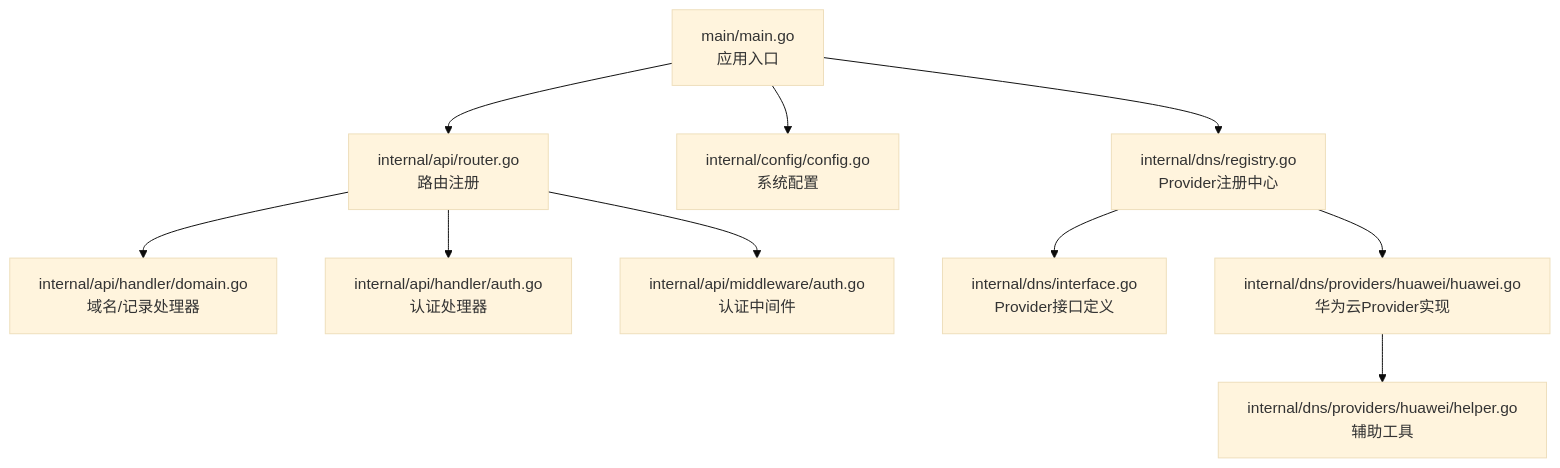
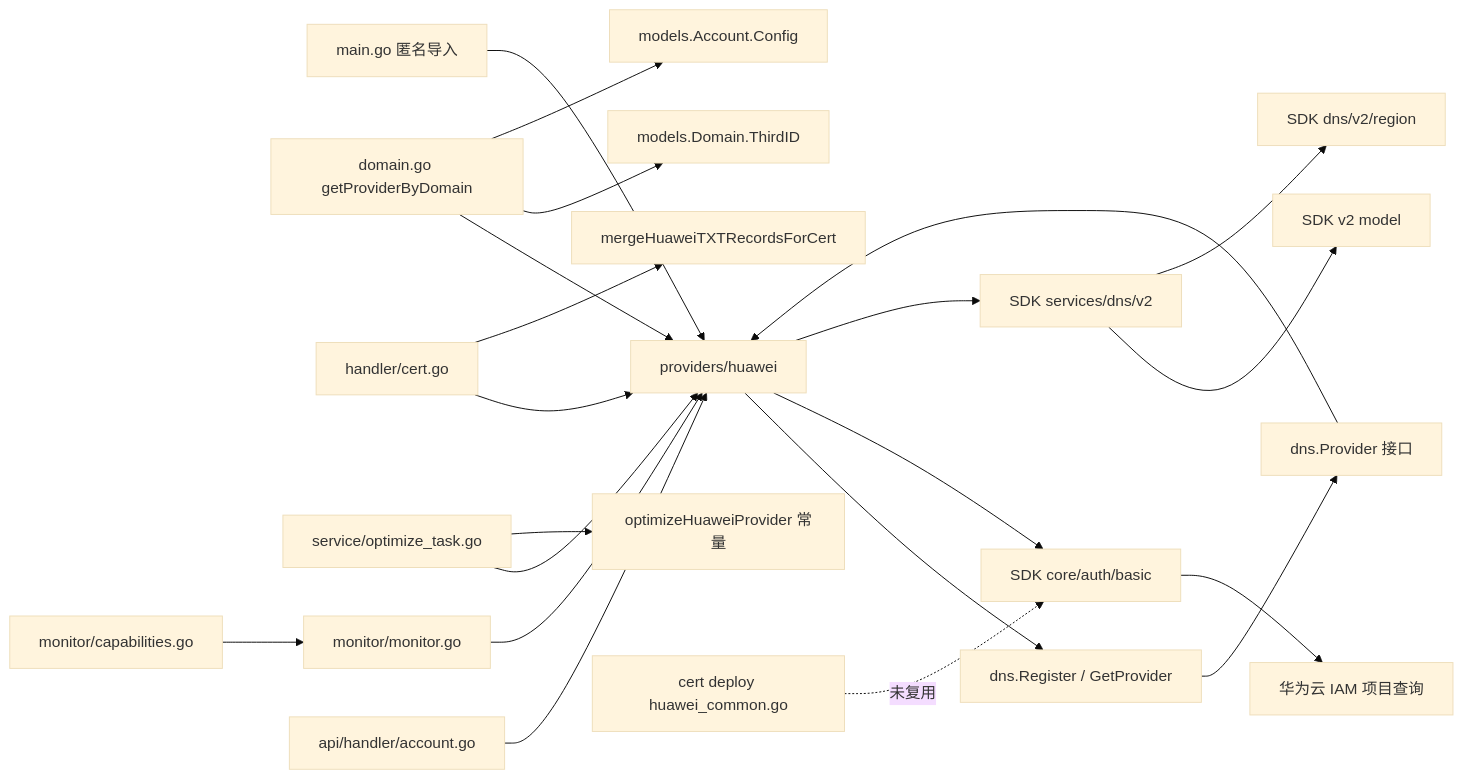
One commit to x01n/dnsplane changed the third of 5 diagrams in docs/DNS管理功能/支持的DNS服务商/华为云DNS.md. Above: the diagram before and after it, drawn with Mermaid (base theme). The commit also changed other lines of this file and 326 other files, not shown here.

````diff
--- a/docs/DNS管理功能/支持的DNS服务商/华为云DNS.md
+++ b/docs/DNS管理功能/支持的DNS服务商/华为云DNS.md
@@ -43,12 +389,23 @@
 ```mermaid
-graph TB
-A["main/main.go<br/>应用入口"] --> B["internal/api/router.go<br/>路由注册"]
-B --> C["internal/api/handler/domain.go<br/>域名/记录处理器"]
-B --> D["internal/api/handler/auth.go<br/>认证处理器"]
-B --> E["internal/api/middleware/auth.go<br/>认证中间件"]
-A --> F["internal/config/config.go<br/>系统配置"]
-A --> G["internal/dns/registry.go<br/>Provider注册中心"]
-G --> H["internal/dns/interface.go<br/>Provider接口定义"]
-G --> I["internal/dns/providers/huawei/huawei.go<br/>华为云Provider实现"]
-I --> J["internal/dns/providers/huawei/helper.go<br/>辅助工具"]
+graph LR
+    MAIN["main.go 匿名导入"] --> HW["providers/huawei"]
+    HW --> REG["dns.Register / GetProvider"]
+    REG --> IFACE["dns.Provider 接口"]
+    IFACE --> HW
+    HW --> SDKAUTH["SDK core/auth/basic"]
+    HW --> SDKDNS["SDK services/dns/v2"]
+    SDKDNS --> MODELS["SDK v2 model"]
+    SDKDNS --> REGION["SDK dns/v2/region"]
+    SDKAUTH --> IAM["华为云 IAM 项目查询"]
+    INT["domain.go getProviderByDomain"] --> HW
+    INT --> DOM["models.Domain.ThirdID"]
+    INT --> ACC["models.Account.Config"]
+    CERT["handler/cert.go"] --> HW
+    CERT --> CCM["mergeHuaweiTXTRecordsForCert"]
+    OPT["service/optimize_task.go"] --> HW
+    OPT --> HUAC["optimizeHuaweiProvider 常量"]
+    MON["monitor/monitor.go"] --> HW
+    CAP["monitor/capabilities.go"] --> MON
+    ACC2["api/handler/account.go"] --> HW
+    DEPLOY["cert deploy huawei_common.go"] -.->|"未复用"| SDKAUTH
 ```
````
